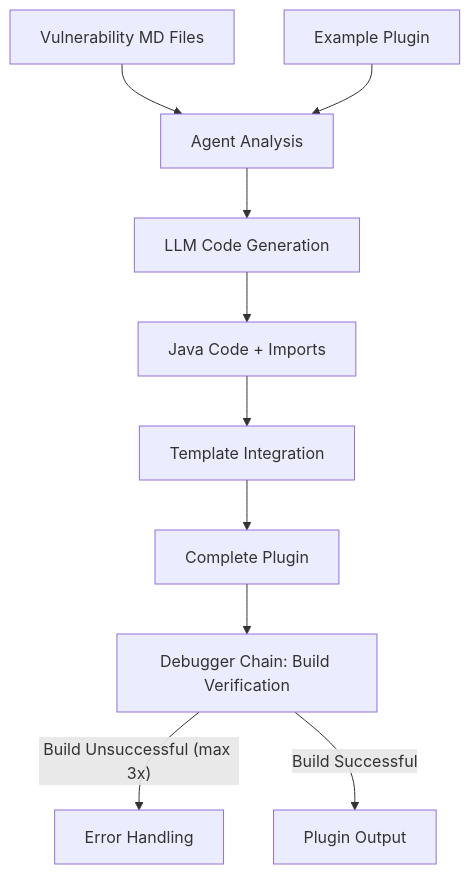
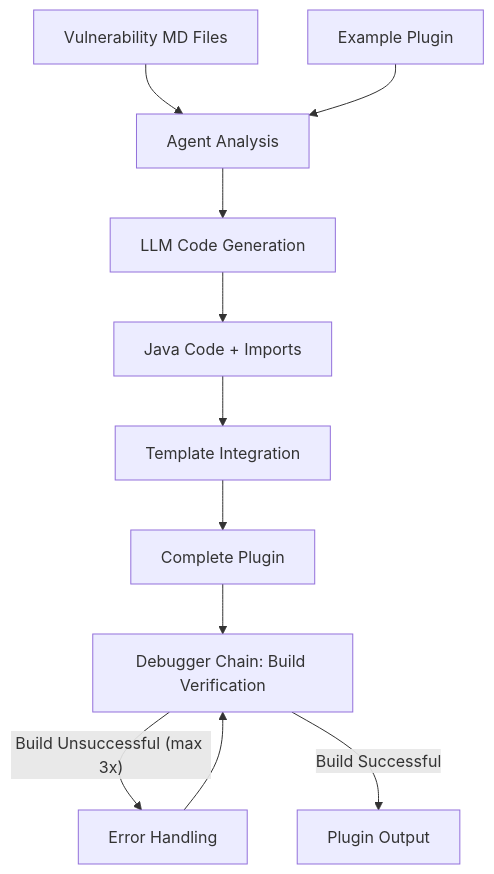
One commit to jlb-jlb/Tsunami-Agent changed the diagram in README.md. Above: the diagram before and after it, drawn with Mermaid.

````diff
--- a/README.md
+++ b/README.md
@@ -102,13 +102,13 @@
 ```mermaid
 graph TD
     A[Vulnerability MD Files] --> B[Agent Analysis]
     C[Example Plugin] --> B
     B --> D[LLM Code Generation]
     D --> E[Java Code + Imports]
     E --> F[Template Integration]
     F --> G[Complete Plugin]
     G --> H[Debugger Chain: Build Verification]
-    H -- "Build Unsuccessful (max 3x)" --> I[Error Handling]
+    H -- "Build Unsuccessful (max 3x)" --> I[Error Handling] --> H
     H -- "Build Successful" --> J[Plugin Output]
 
 ```
````
